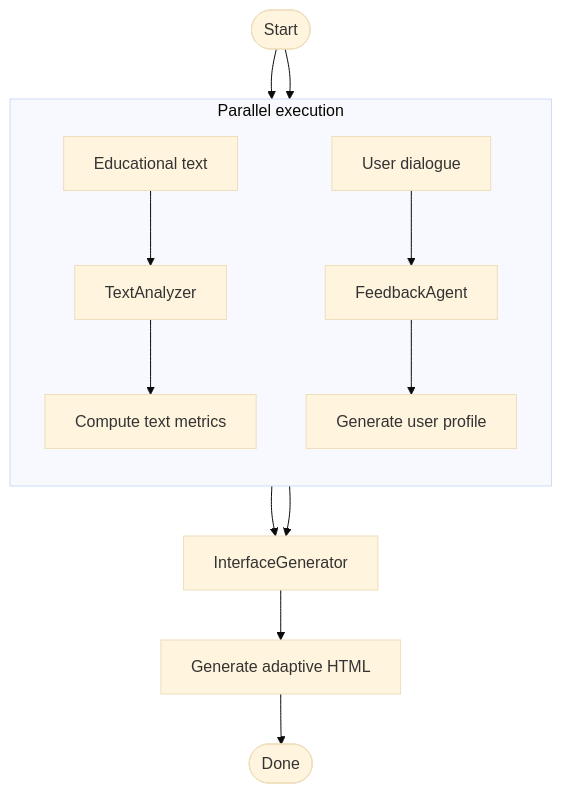
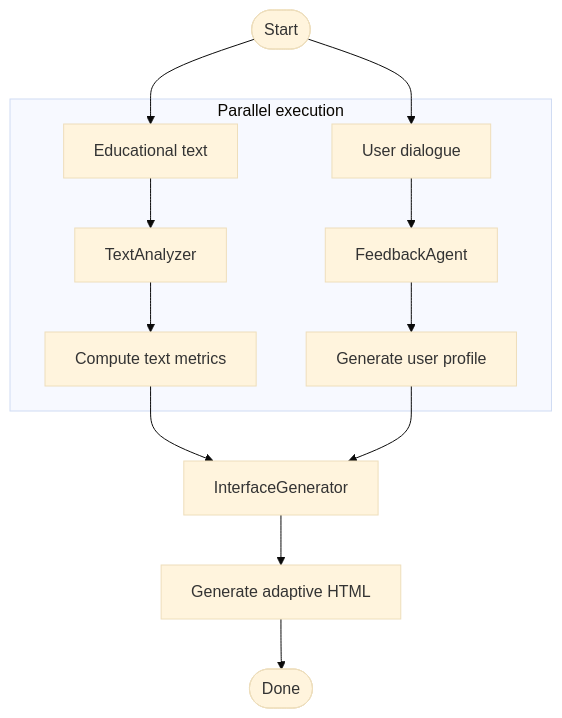
One commit to vifirsanova/empi_agent changed the second of 2 diagrams in README.md. Above: the diagram before and after it, drawn with Mermaid (base theme). The commit also changed other lines of this file and 6 other files, not shown here.

````diff
--- a/README.md
+++ b/README.md
@@ -100,20 +90,19 @@
 ```mermaid
 flowchart TD
     Start([Start]) --> Input[Educational text]
     Start --> Dialog[User dialogue]
     
     subgraph Parallel[Parallel execution]
-        direction TB
         Input --> TA[TextAnalyzer]
         Dialog --> FA[FeedbackAgent]
         
         TA --> TM[Compute text metrics]
         FA --> UP[Generate user profile]
     end
     
     TM --> IG[InterfaceGenerator]
     UP --> IG
     
     IG --> HTML[Generate adaptive HTML]
     HTML --> Done([Done])
 ```
````
